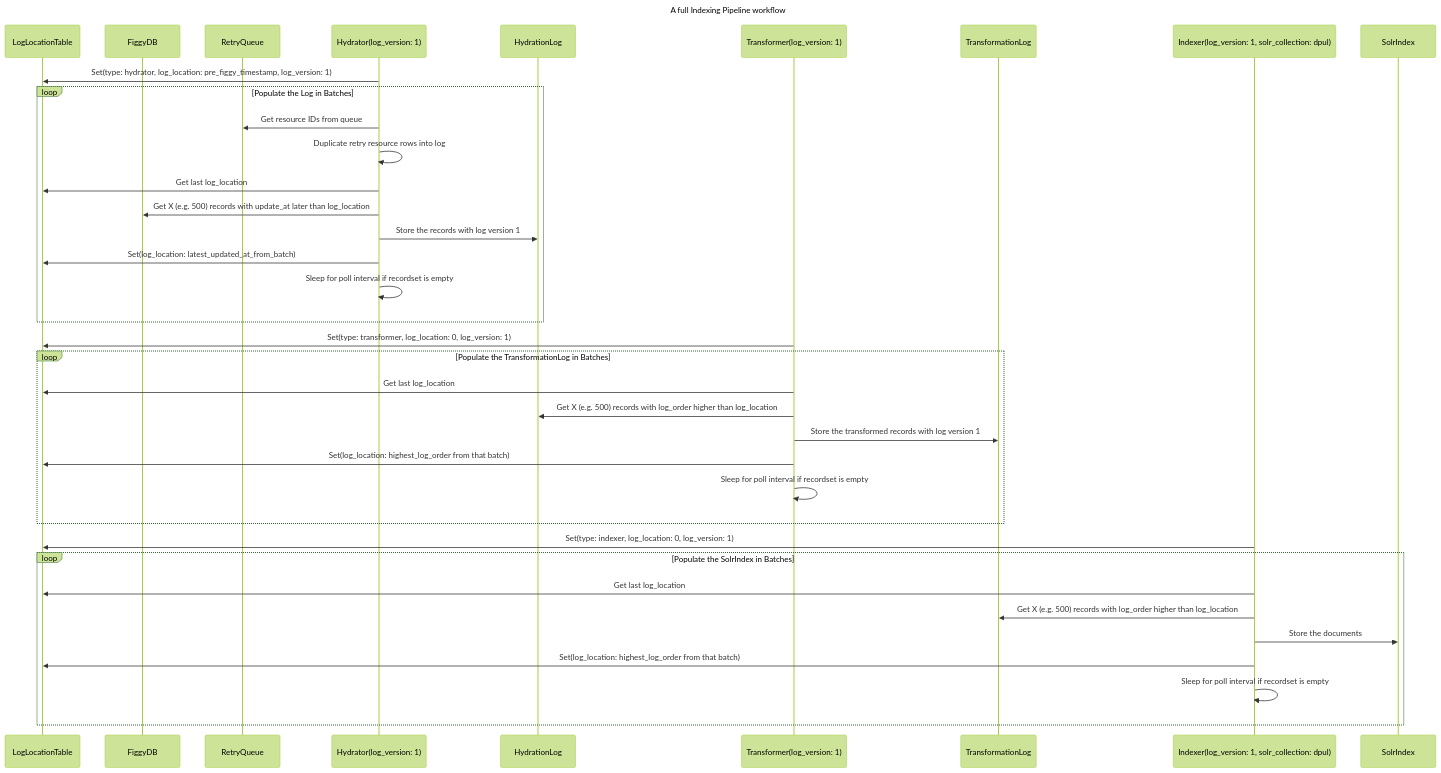
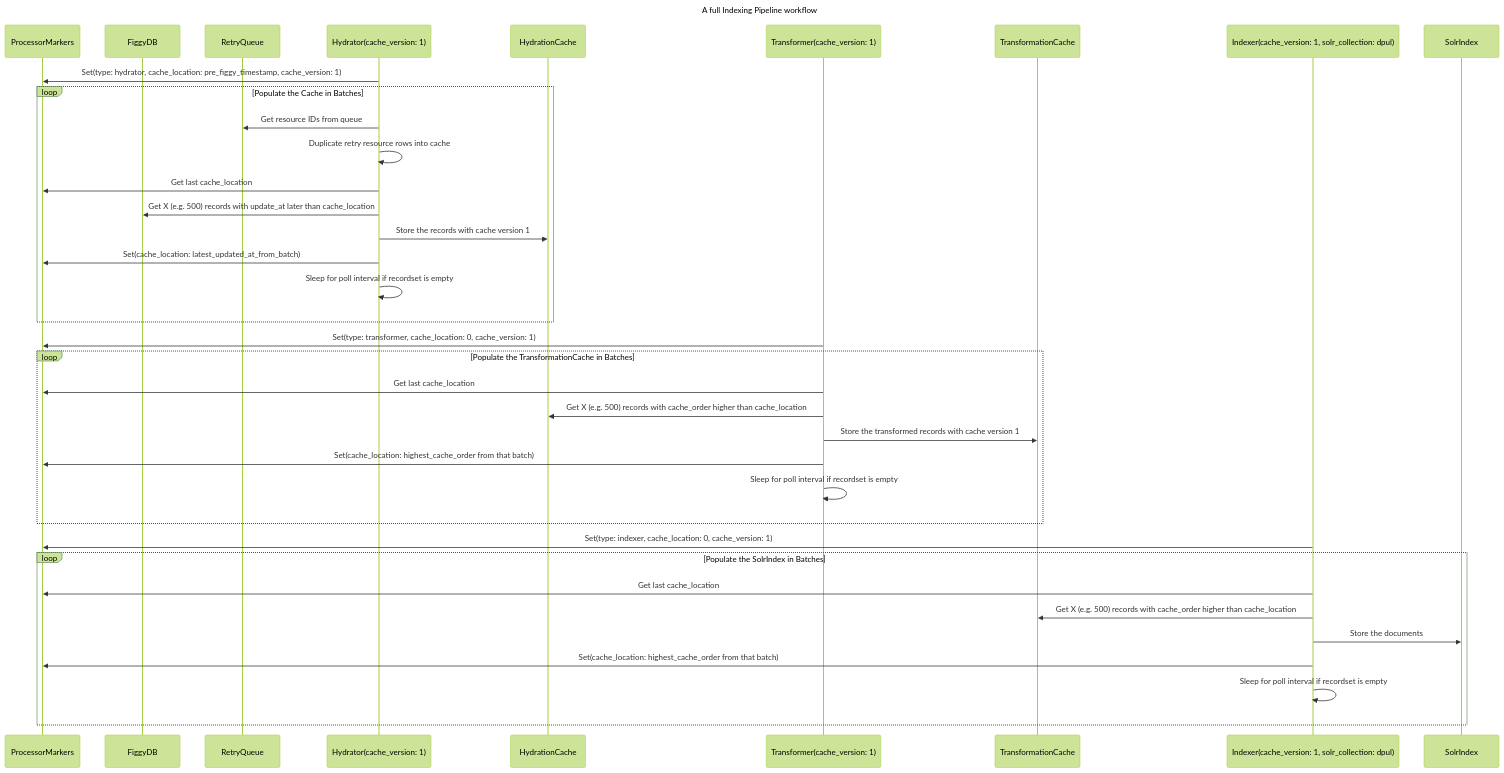
One commit to pulibrary/dpul-collections changed the second of 2 diagrams in architecture-decisions/0002-indexing.md. Above: the diagram before and after it, drawn with Mermaid (forest theme). The commit also changed other lines of this file, not shown here.

````diff
--- a/architecture-decisions/0002-indexing.md
+++ b/architecture-decisions/0002-indexing.md
@@ -86,41 +86,41 @@
 ```mermaid
 sequenceDiagram title A full Indexing Pipeline workflow
-Participant LogLocationTable
+Participant ProcessorMarkers
 Participant FiggyDB
 Participant RetryQueue
-Participant HydratorV1 as Hydrator(log_version: 1)
-Participant HydrationLog
-Participant TransformerV1 as Transformer(log_version: 1)
-Participant TransformationLog
-Participant IndexerV1 as Indexer(log_version: 1, solr_collection: dpul)
+Participant HydratorV1 as Hydrator(cache_version: 1)
+Participant HydrationCache
+Participant TransformerV1 as Transformer(cache_version: 1)
+Participant TransformationCache
+Participant IndexerV1 as Indexer(cache_version: 1, solr_collection: dpul)
 Participant SolrIndex
 
-HydratorV1->>LogLocationTable: Set(type: hydrator, log_location: pre_figgy_timestamp, log_version: 1)
-loop Populate the Log in Batches
+HydratorV1->>ProcessorMarkers: Set(type: hydrator, cache_location: pre_figgy_timestamp, cache_version: 1)
+loop Populate the Cache in Batches
 HydratorV1->>RetryQueue: Get resource IDs from queue
-HydratorV1->>HydratorV1: Duplicate retry resource rows into log
-HydratorV1->>LogLocationTable: Get last log_location
-HydratorV1->>FiggyDB: Get X (e.g. 500) records with update_at later than log_location
-HydratorV1->>HydrationLog: Store the records with log version 1
-HydratorV1->>LogLocationTable: Set(log_location: latest_updated_at_from_batch)
+HydratorV1->>HydratorV1: Duplicate retry resource rows into cache
+HydratorV1->>ProcessorMarkers: Get last cache_location
+HydratorV1->>FiggyDB: Get X (e.g. 500) records with update_at later than cache_location
+HydratorV1->>HydrationCache: Store the records with cache version 1
+HydratorV1->>ProcessorMarkers: Set(cache_location: latest_updated_at_from_batch)
 HydratorV1->>HydratorV1: Sleep for poll interval if recordset is empty
 end
 
-TransformerV1->>LogLocationTable: Set(type: transformer, log_location: 0, log_version: 1)
-loop Populate the TransformationLog in Batches
-TransformerV1->>LogLocationTable: Get last log_location
-TransformerV1->>HydrationLog: Get X (e.g. 500) records with log_order higher than log_location
-TransformerV1->>TransformationLog: Store the transformed records with log version 1
-TransformerV1->>LogLocationTable: Set(log_location: highest_log_order from that batch)
+TransformerV1->>ProcessorMarkers: Set(type: transformer, cache_location: 0, cache_version: 1)
+loop Populate the TransformationCache in Batches
+TransformerV1->>ProcessorMarkers: Get last cache_location
+TransformerV1->>HydrationCache: Get X (e.g. 500) records with cache_order higher than cache_location
+TransformerV1->>TransformationCache: Store the transformed records with cache version 1
+TransformerV1->>ProcessorMarkers: Set(cache_location: highest_cache_order from that batch)
 TransformerV1->>TransformerV1: Sleep for poll interval if recordset is empty
 end
 
-IndexerV1->>LogLocationTable: Set(type: indexer, log_location: 0, log_version: 1)
+IndexerV1->>ProcessorMarkers: Set(type: indexer, cache_location: 0, cache_version: 1)
 loop Populate the SolrIndex in Batches
-IndexerV1->>LogLocationTable: Get last log_location
-IndexerV1->>TransformationLog: Get X (e.g. 500) records with log_order higher than log_location
+IndexerV1->>ProcessorMarkers: Get last cache_location
+IndexerV1->>TransformationCache: Get X (e.g. 500) records with cache_order higher than cache_location
 IndexerV1->>SolrIndex: Store the documents
-IndexerV1->>LogLocationTable: Set(log_location: highest_log_order from that batch)
+IndexerV1->>ProcessorMarkers: Set(cache_location: highest_cache_order from that batch)
 IndexerV1->>IndexerV1: Sleep for poll interval if recordset is empty
 end
 ```
````
